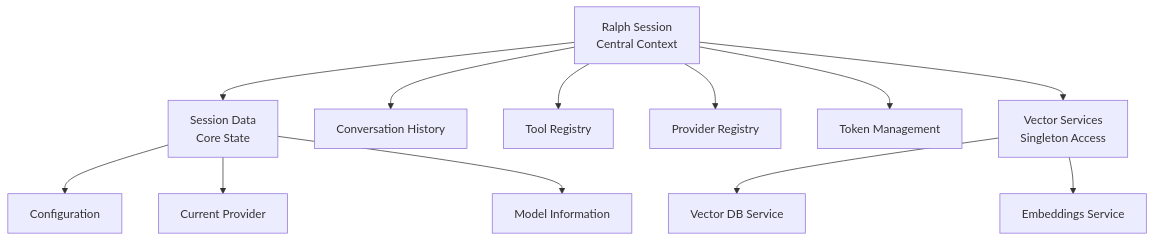
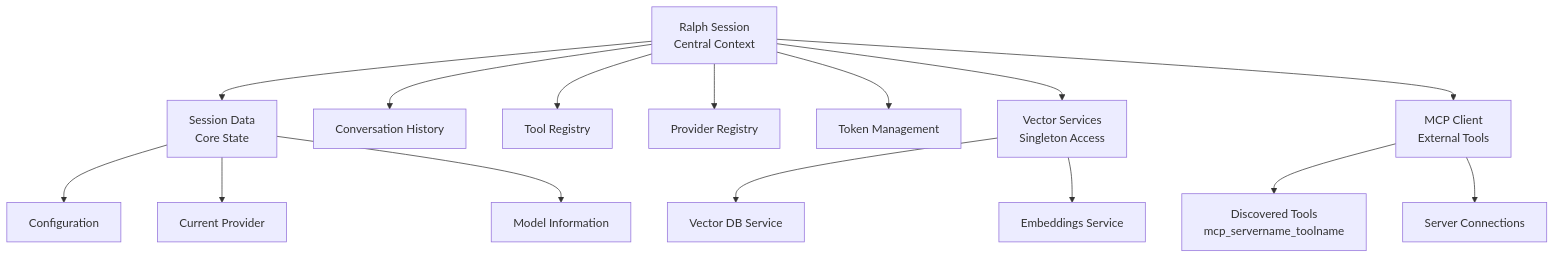
One commit to tgittos/scaffold changed the fourth of 12 diagrams in ARCHITECTURE.md. Above: the diagram before and after it, drawn with Mermaid. The commit also changed other lines of this file and 5 other files, not shown here.

````diff
--- a/ARCHITECTURE.md
+++ b/ARCHITECTURE.md
@@ -191,16 +219,20 @@
 ```mermaid
 graph TB
     RalphSession[Ralph Session<br/>Central Context] --> SessionData[Session Data<br/>Core State]
     RalphSession --> ConvHistory[Conversation History]
     RalphSession --> ToolReg[Tool Registry]
     RalphSession --> ProvReg[Provider Registry]
     RalphSession --> TokenMgmt[Token Management]
     RalphSession --> VectorServices[Vector Services<br/>Singleton Access]
-    
+    RalphSession --> MCPClient[MCP Client<br/>External Tools]
+
     SessionData --> Config[Configuration]
     SessionData --> CurrentProvider[Current Provider]
     SessionData --> ModelInfo[Model Information]
-    
+
     VectorServices --> VectorDBService[Vector DB Service]
     VectorServices --> EmbeddingsService[Embeddings Service]
+
+    MCPClient --> MCPTools[Discovered Tools<br/>mcp_servername_toolname]
+    MCPClient --> MCPServers[Server Connections]
 ```
````
